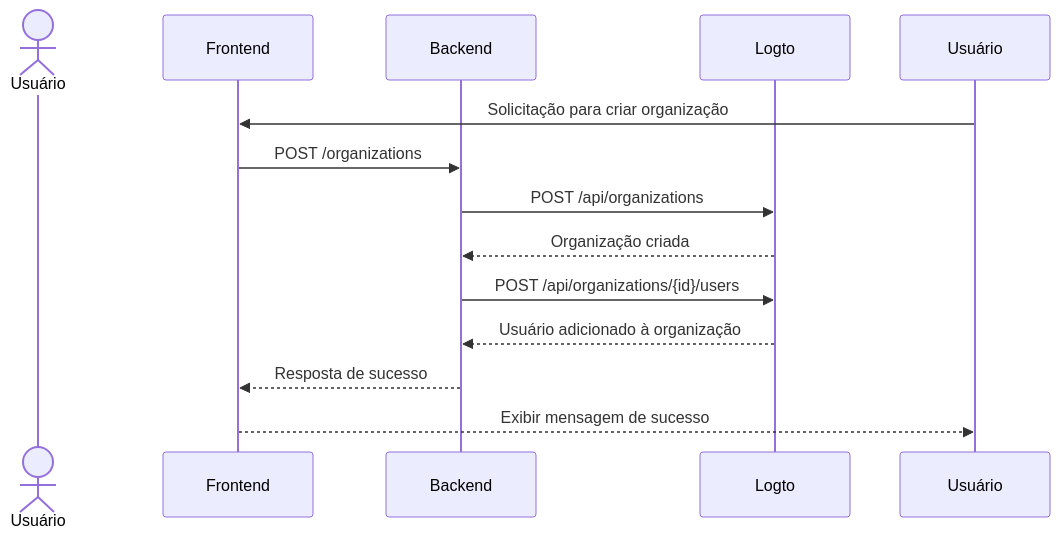
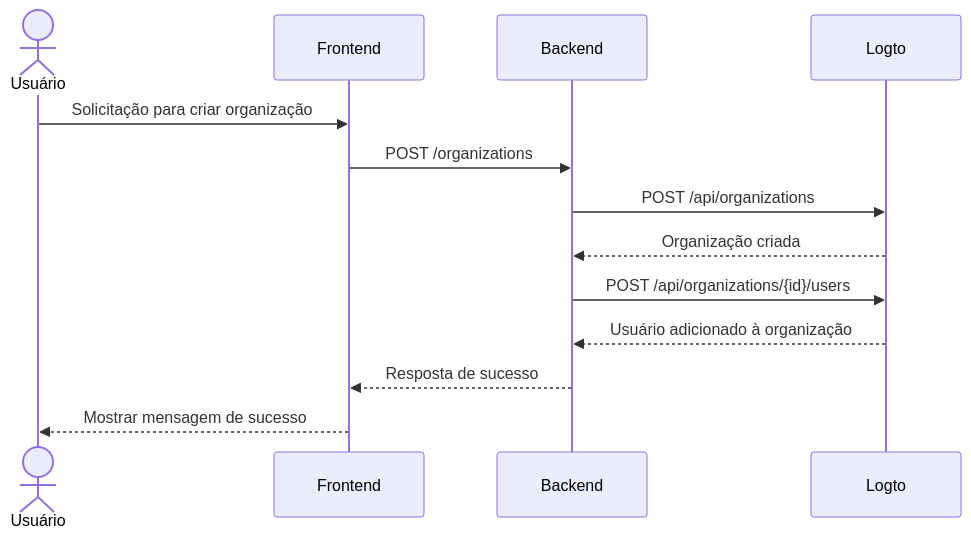
The diagram in i18n/pt-BR/docusaurus-plugin-content-docs/current/end-user-flows/organization-experience/README.mdx (logto-io/docs), drawn with Mermaid before and after one commit. The commit also changed other lines of this file and 19 other files, not shown here.

````diff
--- a/i18n/pt-BR/docusaurus-plugin-content-docs/current/end-user-flows/organization-experience/README.mdx
+++ b/i18n/pt-BR/docusaurus-plugin-content-docs/current/end-user-flows/organization-experience/README.mdx
@@ -31,16 +31,16 @@
 ```mermaid
 sequenceDiagram
-  actor User as Usuário
-  participant Frontend as Frontend
-  participant Backend as Backend
-  participant Logto as Logto
+  actor Usuário
+  participant Frontend
+  participant Backend
+  participant Logto
 
   Usuário->>Frontend: Solicitação para criar organização
   Frontend->>Backend: POST /organizations
   Backend->>Logto: POST /api/organizations
   Logto-->>Backend: Organização criada
   Backend->>Logto: POST /api/organizations/{id}/users
   Logto-->>Backend: Usuário adicionado à organização
   Backend-->>Frontend: Resposta de sucesso
-  Frontend-->>Usuário: Exibir mensagem de sucesso
+  Frontend-->>Usuário: Mostrar mensagem de sucesso
 ```
````
